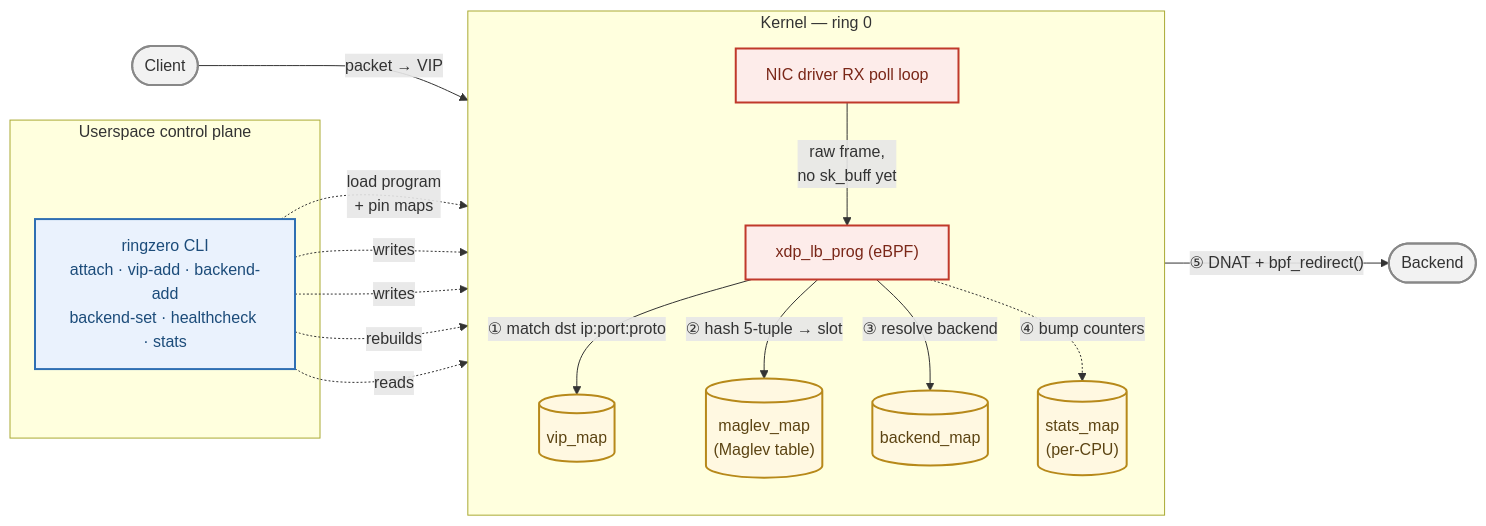
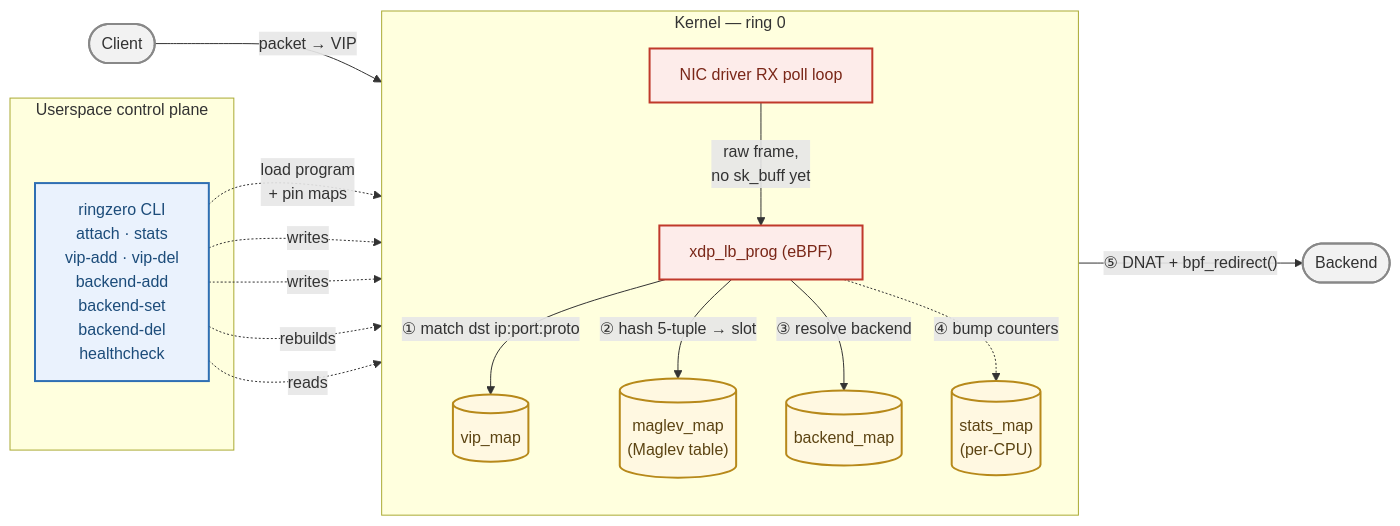
Before and after one commit to immanuwell/ringzero: the diagram in media/diagram.mmd, drawn with Mermaid. The commit also changed 2 other files, not shown here.

Commit message:
docs: bring the README and diagram in line with the code
Replaces the paragraph blaming conntrack and GRO for the backends
receiving nothing with what was actually wrong and which counter shows it.
Documents the delete commands, --rise/--fall, --flows, --expect-action, the
wildcard port, the kernel floor and the BPFTOOL override, and adds the
delete commands to the diagram.

```diff
--- a/media/diagram.mmd
+++ b/media/diagram.mmd
@@ -1,43 +1,43 @@
 flowchart LR
     Client(["Client"])
 
     subgraph KERNEL["Kernel — ring 0"]
         direction TB
         NIC["NIC driver RX poll loop"]
         XDP["xdp_lb_prog (eBPF)"]
         VIPMAP[("vip_map")]
         MAGLEVMAP[("maglev_map<br/>(Maglev table)")]
         BACKENDMAP[("backend_map")]
         STATSMAP[("stats_map<br/>(per-CPU)")]
 
         NIC -- "raw frame,<br/>no sk_buff yet" --> XDP
         XDP -- "① match dst ip:port:proto" --> VIPMAP
         XDP -- "② hash 5-tuple → slot" --> MAGLEVMAP
         XDP -- "③ resolve backend" --> BACKENDMAP
         XDP -. "④ bump counters" .-> STATSMAP
     end
 
     subgraph USERSPACE["Userspace control plane"]
-        CLI["ringzero CLI<br/>attach · vip-add · backend-add<br/>backend-set · healthcheck · stats"]
+        CLI["ringzero CLI<br/>attach · stats<br/>vip-add · vip-del<br/>backend-add<br/>backend-set<br/>backend-del<br/>healthcheck"]
     end
 
     Backend1(["Backend"])
 
     Client -- "packet → VIP" --> NIC
     XDP -- "⑤ DNAT + bpf_redirect()" --> Backend1
 
     CLI -. "load program<br/>+ pin maps" .-> XDP
     CLI -. "writes" .-> VIPMAP
     CLI -. "writes" .-> BACKENDMAP
     CLI -. "rebuilds" .-> MAGLEVMAP
     CLI -. "reads" .-> STATSMAP
 
     classDef kernel fill:#fdecea,stroke:#c0392b,stroke-width:2px,color:#7a2718;
     classDef map fill:#fff8e1,stroke:#b7891a,stroke-width:2px,color:#5c4413;
     classDef user fill:#eaf2fd,stroke:#2f6fb3,stroke-width:2px,color:#1c4c7a;
     classDef ext fill:#f2f2f2,stroke:#888,stroke-width:2px,color:#333;
 
     class NIC,XDP kernel;
     class VIPMAP,MAGLEVMAP,BACKENDMAP,STATSMAP map;
     class CLI user;
     class Client,Backend1 ext;
```
